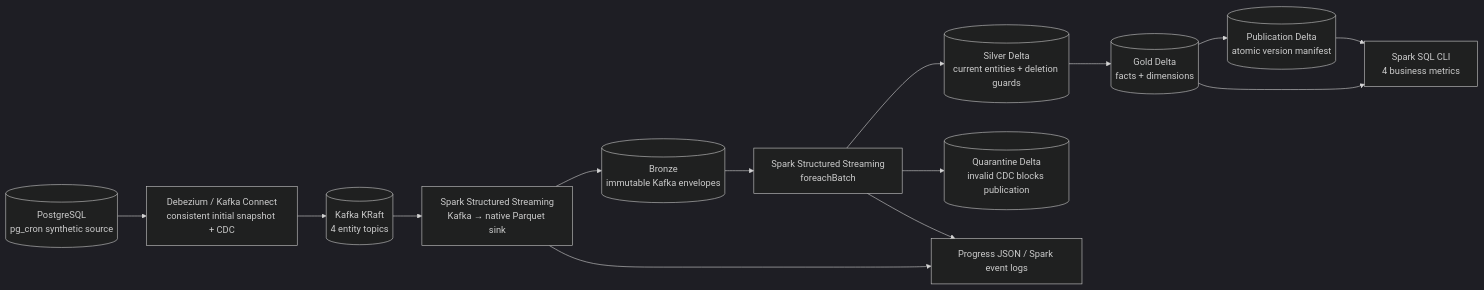
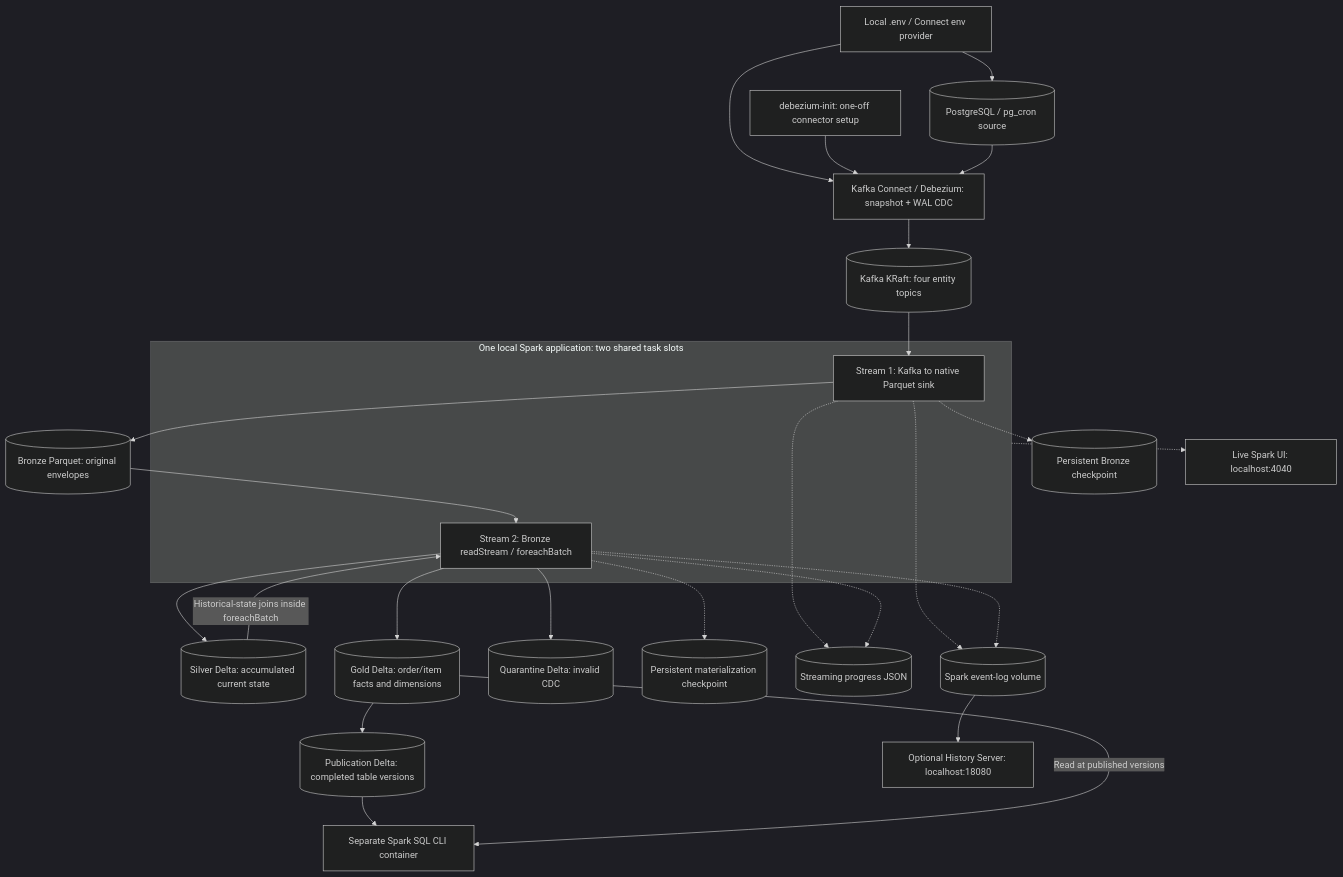
Before and after one commit to fabdutra/deel-data-engineering-task: the first of 2 diagrams in docs/architecture.md, drawn with Mermaid (dark theme). The commit also changed other lines of this file and 4 other files, not shown here.

Commit message:
docs: map assessment deliverables to historical joins and measured sizing evidence

````diff
--- a/docs/architecture.md
+++ b/docs/architecture.md
@@ -3,16 +3,31 @@
 ```mermaid
-flowchart LR
-    P[(PostgreSQL\npg_cron synthetic source)] --> D[Debezium / Kafka Connect\nconsistent initial snapshot + CDC]
-    D --> K[(Kafka KRaft\n4 entity topics)]
-    K --> B[Spark Structured Streaming\nKafka → native Parquet sink]
-    B --> R[(Bronze\nimmutable Kafka envelopes)]
-    R --> M[Spark Structured Streaming\nforeachBatch]
-    M --> S[(Silver Delta\ncurrent entities + deletion guards)]
-    S --> G[(Gold Delta\nfacts + dimensions)]
-    G --> V[(Publication Delta\natomic version manifest)]
-    V --> C[Spark SQL CLI\n4 business metrics]
-    G --> C
-    M --> Q[(Quarantine Delta\ninvalid CDC blocks publication)]
-    B --> O[Progress JSON / Spark event logs]
-    M --> O
+flowchart TB
+    ENV["Local .env / Connect env provider"] --> P
+    ENV --> D
+    INIT["debezium-init: one-off connector setup"] --> D
+    P[("PostgreSQL / pg_cron source")] --> D["Kafka Connect / Debezium: snapshot + WAL CDC"]
+    D --> K[("Kafka KRaft: four entity topics")]
+
+    subgraph APP["One local Spark application: two shared task slots"]
+        B["Stream 1: Kafka to native Parquet sink"]
+        M["Stream 2: Bronze readStream / foreachBatch"]
+    end
+
+    K --> B --> R[("Bronze Parquet: original envelopes")]
+    R --> M
+    M --> S[("Silver Delta: accumulated current state")]
+    S -->|"Historical-state joins inside foreachBatch"| M
+    M --> G[("Gold Delta: order/item facts and dimensions")]
+    G --> V[("Publication Delta: completed table versions")]
+    V --> C["Separate Spark SQL CLI container"]
+    G -->|"Read at published versions"| C
+    M --> Q[("Quarantine Delta: invalid CDC")]
+    B -.-> CB[("Persistent Bronze checkpoint")]
+    M -.-> CM[("Persistent materialization checkpoint")]
+    B -.-> PR[("Streaming progress JSON")]
+    M -.-> PR
+    B -.-> EL[("Spark event-log volume")]
+    M -.-> EL
+    EL --> H["Optional History Server: localhost:18080"]
+    APP -.-> UI["Live Spark UI: localhost:4040"]
 ```
````
